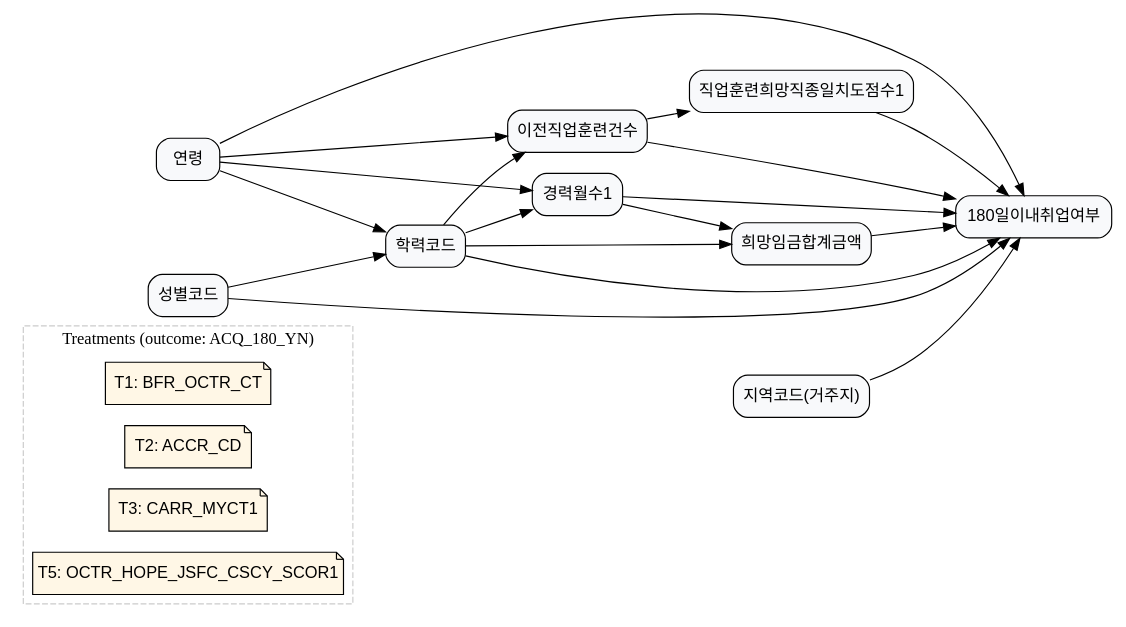
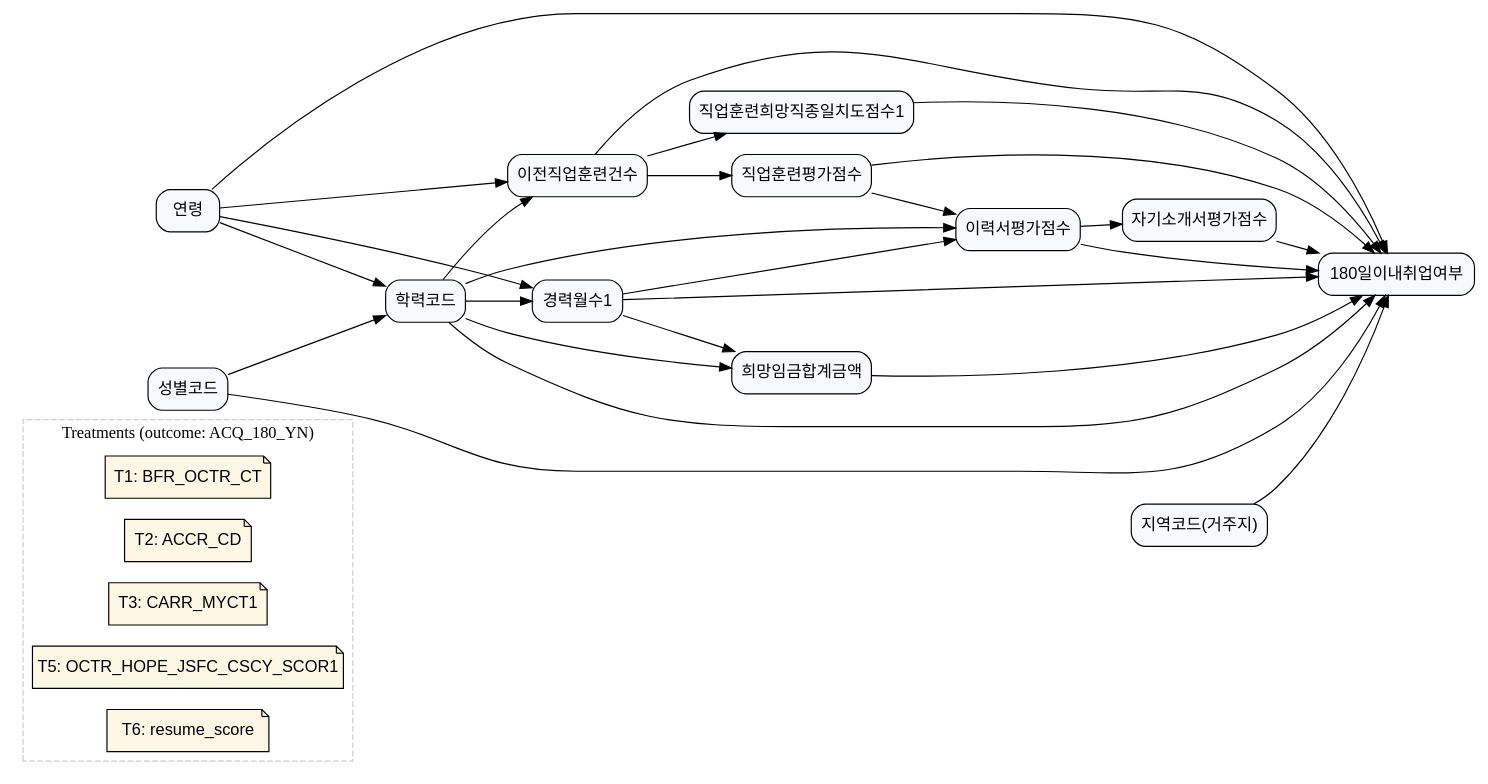
The diagram in laborlab_2/data/graph_data/graph_1.dot (KU-LIM-Lab/dowhy-deep), drawn with Graphviz before and after one commit. The commit also changed 5 other files, not shown here.

Commit message:
add causal graph

```diff
--- a/laborlab_2/data/graph_data/graph_1.dot
+++ b/laborlab_2/data/graph_data/graph_1.dot
@@ -1,69 +1,86 @@
 digraph G {
 	graph [rankdir=LR];
 	node [fillcolor="#F8F9FB",
-		fontname=Helvetica,
-		shape=box,
-		style="rounded,filled"
+	fontname=Helvetica,
+	shape=box,
+	style="rounded,filled"
 	];
 	subgraph cluster_treatments {
-		graph [color="#CCCCCC",
-			label="Treatments (outcome: ACQ_180_YN)",
-			style=dashed
-		];
-		node [fillcolor="#FFF7E6",
-			fontname=Helvetica,
-			shape=note,
-			style="rounded,filled"
-		];
-		T1	[label="T1: BFR_OCTR_CT",
-			role=treatment_meta,
-			treatment_def="이전직업훈련건수 수준 차이가 ACQ_180_YN(6개월 내 취업)에 미치는 인과효과",
-			treatment_name=BFR_OCTR_CT,
-			treatment_question="이전 직업훈련을 많이 받은 사람과 거의 받지 않은 사람의 6개월 내 취업 확률 차이는?",
-			treatment_var=BFR_OCTR_CT];
-		T2	[label="T2: ACCR_CD",
-			role=treatment_meta,
-			treatment_def="학력코드(최종학력) 수준 차이가 ACQ_180_YN에 미치는 인과효과",
-			treatment_name=ACCR_CD,
-			treatment_question="학력 수준이 다른 구직자 간 6개월 내 취업 확률 차이는?",
-			treatment_var=ACCR_CD];
-		T3	[label="T3: CARR_MYCT1",
-			role=treatment_meta,
-			treatment_def="희망직종1 경력 개월 수 차이가 ACQ_180_YN에 미치는 인과효과",
-			treatment_name=CARR_MYCT1,
-			treatment_question="희망직종1 관련 경력이 긴 사람과 짧은 사람의 6개월 내 취업 확률 차이는?",
-			treatment_var=CARR_MYCT1];
-		T5	[label="T5: OCTR_HOPE_JSFC_CSCY_SCOR1",
-			role=treatment_meta,
-			treatment_def="직업훈련과 희망직종 간 일치도 점수 수준 차이가 ACQ_180_YN에 미치는 인과효과",
-			treatment_name=OCTR_HOPE_JSFC_CSCY_SCOR1,
-			treatment_question="훈련-희망직종 일치도가 높은 사람과 낮은 사람의 6개월 내 취업 확률 차이는?",
-			treatment_var=OCTR_HOPE_JSFC_CSCY_SCOR1];
-	}
+	graph [color="#CCCCCC",
+	label="Treatments (outcome: ACQ_180_YN)",
+	style=dashed
+	];
+	node [fillcolor="#FFF7E6",
+	fontname=Helvetica,
+	shape=note,
+	style="rounded,filled"
+	];
+	T1	[label="T1: BFR_OCTR_CT",
+	role=treatment_meta,
+	treatment_def="이전직업훈련건수 수준 차이가 ACQ_180_YN(6개월 내 취업)에 미치는 인과효과",
+	treatment_name=BFR_OCTR_CT,
+	treatment_question="이전 직업훈련을 많이 받은 사람과 거의 받지 않은 사람의 6개월 내 취업 확률 차이는?",
+	treatment_var=BFR_OCTR_CT];
+	T2	[label="T2: ACCR_CD",
+	role=treatment_meta,
+	treatment_def="학력코드(최종학력) 수준 차이가 ACQ_180_YN에 미치는 인과효과",
+	treatment_name=ACCR_CD,
+	treatment_question="학력 수준이 다른 구직자 간 6개월 내 취업 확률 차이는?",
+	treatment_var=ACCR_CD];
+	T3	[label="T3: CARR_MYCT1",
+	role=treatment_meta,
+	treatment_def="희망직종1 경력 개월 수 차이가 ACQ_180_YN에 미치는 인과효과",
+	treatment_name=CARR_MYCT1,
+	treatment_question="희망직종1 관련 경력이 긴 사람과 짧은 사람의 6개월 내 취업 확률 차이는?",
+	treatment_var=CARR_MYCT1];
+	T5	[label="T5: OCTR_HOPE_JSFC_CSCY_SCOR1",
+	role=treatment_meta,
+	treatment_def="직업훈련과 희망직종 간 일치도 점수 수준 차이가 ACQ_180_YN에 미치는 인과효과",
+	treatment_name=OCTR_HOPE_JSFC_CSCY_SCOR1,
+	treatment_question="훈련-희망직종 일치도가 높은 사람과 낮은 사람의 6개월 내 취업 확률 차이는?",
+	treatment_var=OCTR_HOPE_JSFC_CSCY_SCOR1];
+	T6	[label="T6: resume_score",
+	role=treatment_meta,
+	treatment_def="이력서평가점수 수준 차이가 ACQ_180_YN에 미치는 인과효과",
+	treatment_name=resume_score,
+	treatment_question="이력서 평가 점수가 높은 사람과 낮은 사람의 6개월 내 취업 확률 차이는?",
+	treatment_var=resume_score];
+}
 	ACQ_180_YN	[label="180일이내취업여부"];
 	BFR_OCTR_CT	[label=이전직업훈련건수];
 	BFR_OCTR_CT -> ACQ_180_YN;
 	OCTR_HOPE_JSFC_CSCY_SCOR1	[label=직업훈련희망직종일치도점수1];
 	BFR_OCTR_CT -> OCTR_HOPE_JSFC_CSCY_SCOR1;
 	OCTR_HOPE_JSFC_CSCY_SCOR1 -> ACQ_180_YN;
 	ACCR_CD	[label=학력코드];
 	ACCR_CD -> ACQ_180_YN;
 	ACCR_CD -> BFR_OCTR_CT;
 	CARR_MYCT1	[label=경력월수1];
 	ACCR_CD -> CARR_MYCT1;
 	HOPE_WAGE_SM_AMT	[label=희망임금합계금액];
 	ACCR_CD -> HOPE_WAGE_SM_AMT;
 	CARR_MYCT1 -> ACQ_180_YN;
 	CARR_MYCT1 -> HOPE_WAGE_SM_AMT;
 	HOPE_WAGE_SM_AMT -> ACQ_180_YN;
 	AGE	[label=연령];
 	AGE -> ACQ_180_YN;
 	AGE -> BFR_OCTR_CT;
 	AGE -> ACCR_CD;
 	AGE -> CARR_MYCT1;
 	SXDS_CD	[label=성별코드];
 	SXDS_CD -> ACQ_180_YN;
 	SXDS_CD -> ACCR_CD;
 	AREA_CD	[label="지역코드(거주지)"];
 	AREA_CD -> ACQ_180_YN;
+	resume_score	[label=이력서평가점수];
+	ACCR_CD -> resume_score;
+	CARR_MYCT1 -> resume_score;
+	resume_score -> ACQ_180_YN;
+	cover_letter_score	[label=자기소개서평가점수];
+	resume_score -> cover_letter_score;
+	cover_letter_score -> ACQ_180_YN;
+	training_score	[label=직업훈련평가점수];
+	BFR_OCTR_CT -> training_score;
+	training_score -> ACQ_180_YN;
+	training_score -> resume_score;
 }
```
